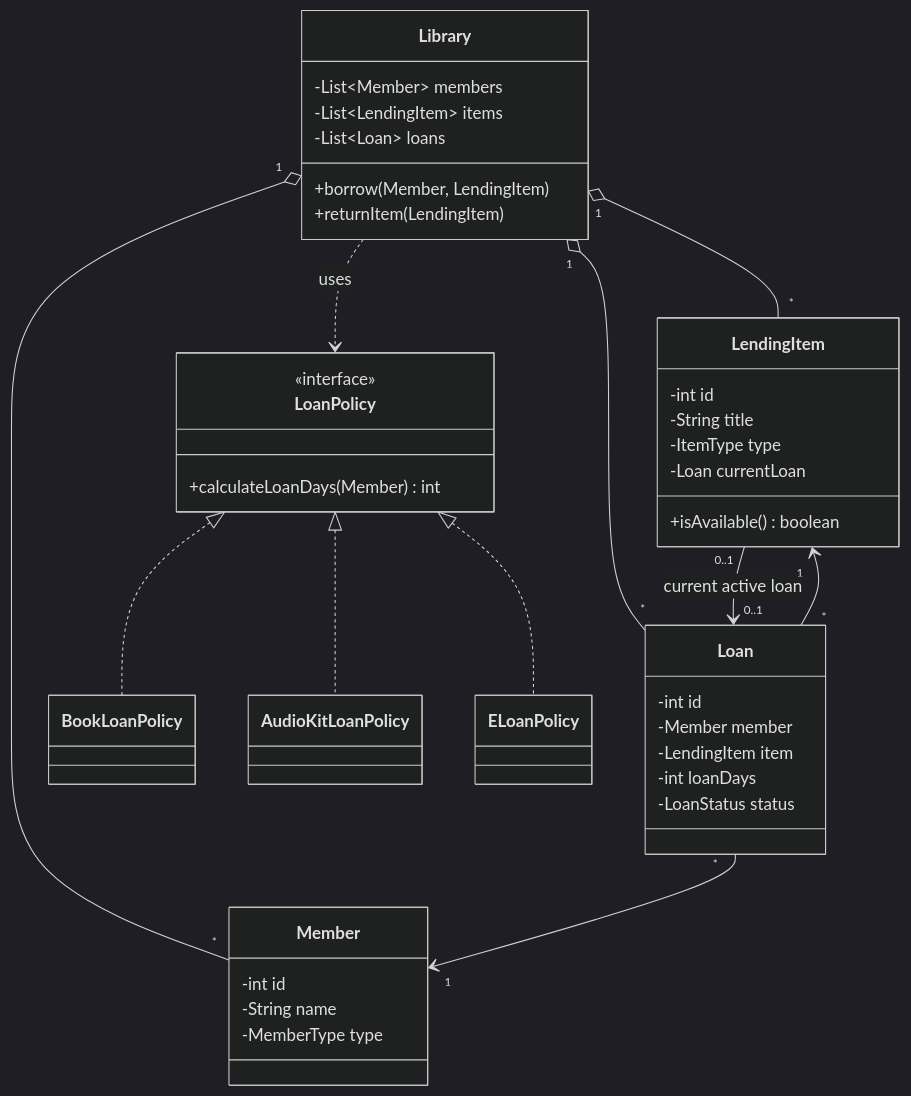
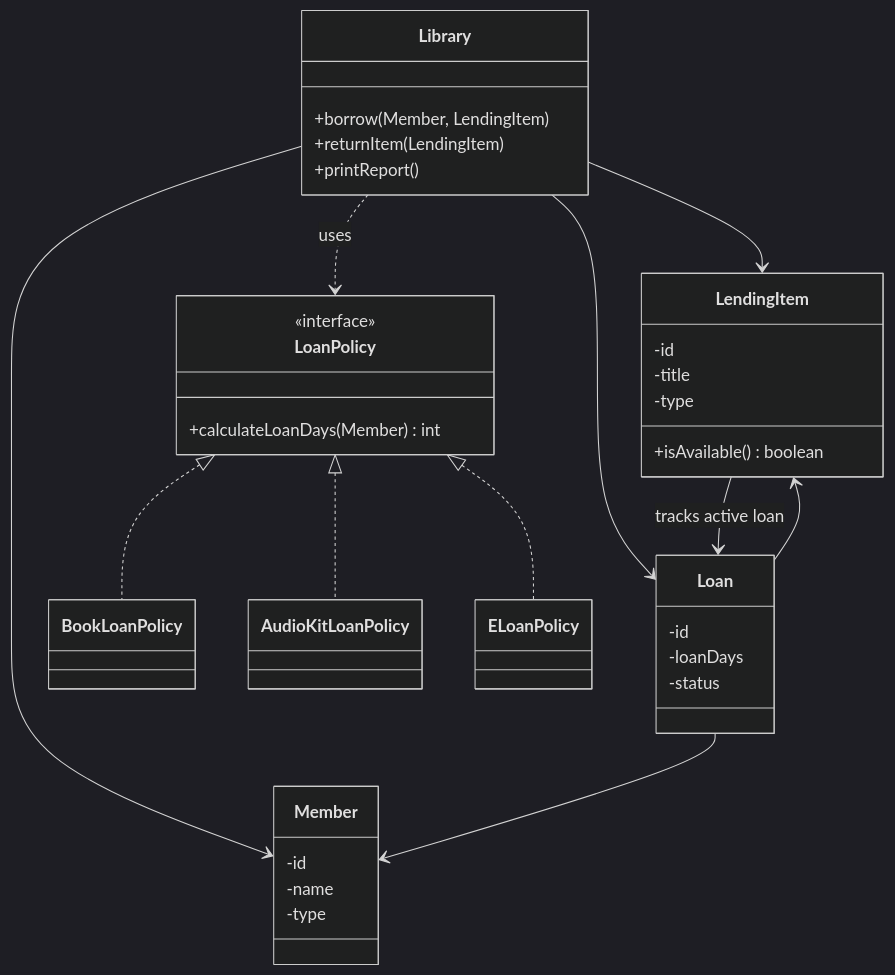
The diagram in src/README.md (ebenezer-ofori-acquah/java-basics-c-the-reading-room), drawn with Mermaid (dark theme) before and after one commit.

Commit message:
fix: simplified the architecture diagram in the README.md

````diff
--- a/src/README.md
+++ b/src/README.md
@@ -23,54 +23,49 @@
 ```mermaid
 classDiagram
     class Library {
-        -List~Member~ members
-        -List~LendingItem~ items
-        -List~Loan~ loans
         +borrow(Member, LendingItem)
         +returnItem(LendingItem)
+        +printReport()
     }
 
     class Member {
-        -int id
-        -String name
-        -MemberType type
+        -id
+        -name
+        -type
     }
 
     class LendingItem {
-        -int id
-        -String title
-        -ItemType type
-        -Loan currentLoan
+        -id
+        -title
+        -type
         +isAvailable() boolean
     }
 
     class Loan {
-        -int id
-        -Member member
-        -LendingItem item
-        -int loanDays
-        -LoanStatus status
+        -id
+        -loanDays
+        -status
     }
 
     class LoanPolicy {
         <<interface>>
         +calculateLoanDays(Member) int
     }
 
     class BookLoanPolicy
     class AudioKitLoanPolicy
     class ELoanPolicy
 
-    Library "1" o-- "*" Member
-    Library "1" o-- "*" LendingItem
-    Library "1" o-- "*" Loan
-
-    Loan "*" --> "1" Member
-    Loan "*" --> "1" LendingItem
-    LendingItem "0..1" --> "0..1" Loan : current active loan
-
+    Library --> Member
+    Library --> LendingItem
+    Library --> Loan
+    
+    Loan --> Member
+    Loan --> LendingItem
+    LendingItem --> Loan : tracks active loan
+    
     LoanPolicy <|.. BookLoanPolicy
     LoanPolicy <|.. AudioKitLoanPolicy
     LoanPolicy <|.. ELoanPolicy
     Library ..> LoanPolicy : uses
 ```
````
